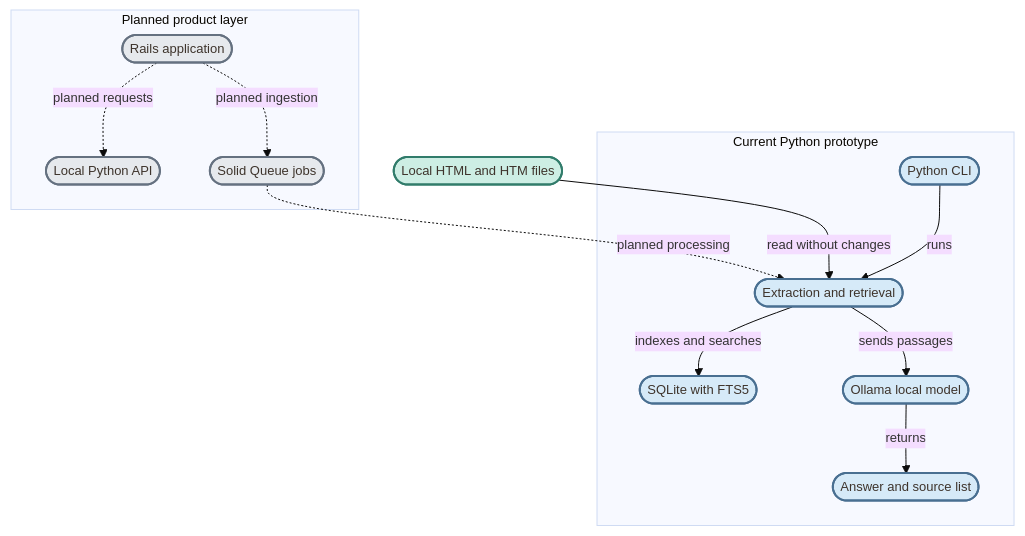
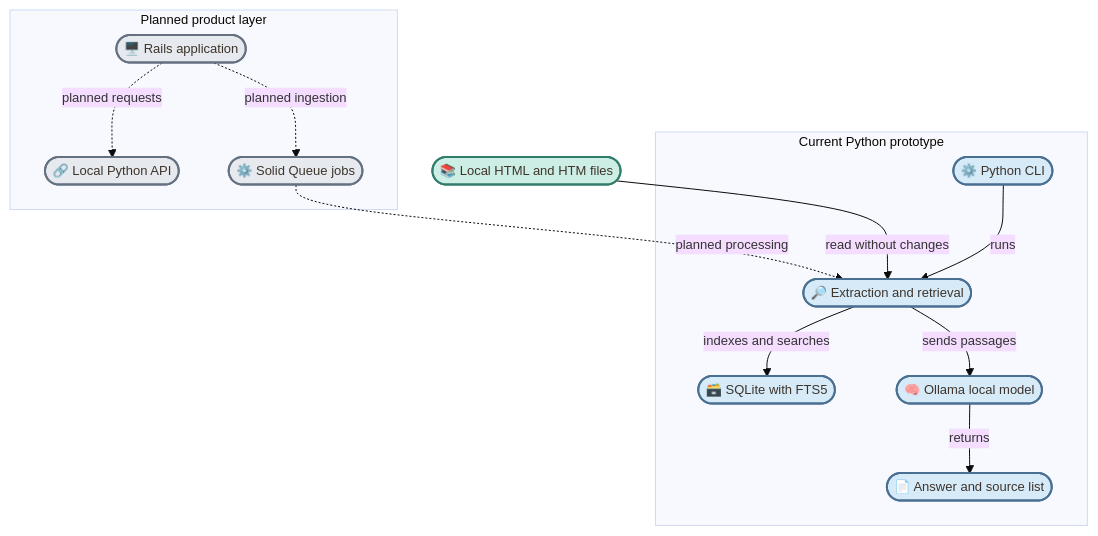
The diagram in README.md (enogrob/project-ground), drawn with Mermaid before and after one commit. The commit also changed other lines of this file, not shown here.

Commit message:
docs: refresh GROUND README visuals

````diff
--- a/README.md
+++ b/README.md
@@ -45,35 +47,35 @@
 ```mermaid
 %%{init: {"theme":"base","themeVariables":{"fontSize":"13px"},"flowchart":{"wrappingWidth":200,"minNodeWidth":0,"padding":8}}}%%
 flowchart TD
-    Sources(["Local HTML and HTM files"])
+    Sources(["📚 Local HTML and HTM files"])
 
     subgraph Prototype["Current Python prototype"]
-        CLI(["Python CLI"])
-        Core(["Extraction and retrieval"])
-        Index(["SQLite with FTS5"])
-        Model(["Ollama local model"])
-        Output(["Answer and source list"])
+        CLI(["⚙️ Python CLI"])
+        Core(["🔎 Extraction and retrieval"])
+        Index(["🗃️ SQLite with FTS5"])
+        Model(["🧠 Ollama local model"])
+        Output(["📄 Answer and source list"])
         CLI -->|runs| Core
         Core -->|indexes and searches| Index
         Core -->|sends passages| Model
         Model -->|returns| Output
     end
 
     subgraph Product["Planned product layer"]
-        Rails(["Rails application"])
-        API(["Local Python API"])
-        Queue(["Solid Queue jobs"])
+        Rails(["🖥️ Rails application"])
+        API(["🔗 Local Python API"])
+        Queue(["⚙️ Solid Queue jobs"])
         Rails -.->|planned requests| API
         Rails -.->|planned ingestion| Queue
         Queue -.->|planned processing| Core
     end
 
     Sources -->|read without changes| Core
 
     classDef current fill:#D6EAF8,stroke:#496F91,color:#3E342C,stroke-width:2px;
     classDef source fill:#CDEEE4,stroke:#317C6B,color:#3E342C,stroke-width:2px;
     classDef planned fill:#E6E9ED,stroke:#657180,color:#3E342C,stroke-width:2px;
     class Sources source;
     class CLI,Core,Index,Model,Output current;
     class Rails,API,Queue planned;
 ```
````
